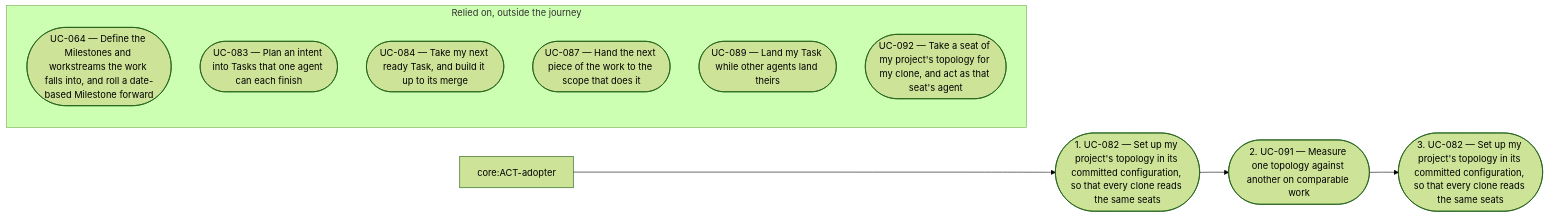
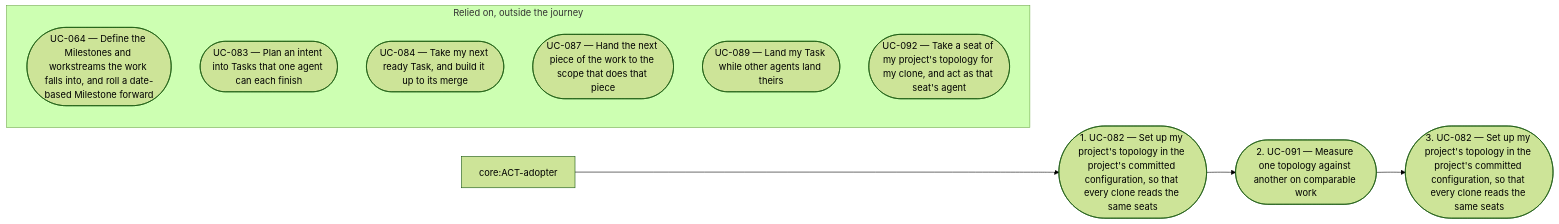
The diagram in tech-docs/analysis/project-management/overview/README.md (aleskalfas/project-kit), drawn with Mermaid (forest theme) before and after one commit. The commit also changed other lines of this file and 23 other files, not shown here.

````diff
--- a/tech-docs/analysis/project-management/overview/README.md
+++ b/tech-docs/analysis/project-management/overview/README.md
@@ -142,20 +142,20 @@
 ```mermaid
 flowchart LR
-  accTitle: JRN-004 — Set up the topology my project runs, and adjust it on what I measure
+  accTitle: JRN-004 — Set up the topology my project runs, and adjust the topology on what I measure
   accDescr: The flow of JRN-004: core:ACT-adopter takes 3 steps in order, UC-082, UC-091, UC-082. It relies on 6 use cases outside the journey, drawn apart with no arrow.
   core_ACT_adopter["core:ACT-adopter"]
-  step_1(["1. UC-082 — Set up my project's topology in its committed configuration, so that every clone reads the same seats"])
+  step_1(["1. UC-082 — Set up my project's topology in the project's committed configuration, so that every clone reads the same seats"])
   step_2(["2. UC-091 — Measure one topology against another on comparable work"])
-  step_3(["3. UC-082 — Set up my project's topology in its committed configuration, so that every clone reads the same seats"])
+  step_3(["3. UC-082 — Set up my project's topology in the project's committed configuration, so that every clone reads the same seats"])
   subgraph relies_on["Relied on, outside the journey"]
     UC_064(["UC-064 — Define the Milestones and workstreams the work falls into, and roll a date-based Milestone forward"])
     UC_083(["UC-083 — Plan an intent into Tasks that one agent can each finish"])
     UC_084(["UC-084 — Take my next ready Task, and build it up to its merge"])
-    UC_087(["UC-087 — Hand the next piece of the work to the scope that does it"])
+    UC_087(["UC-087 — Hand the next piece of the work to the scope that does that piece"])
     UC_089(["UC-089 — Land my Task while other agents land theirs"])
     UC_092(["UC-092 — Take a seat of my project's topology for my clone, and act as that seat's agent"])
   end
   core_ACT_adopter --> step_1
   step_1 --> step_2
   step_2 --> step_3
 ```
````
